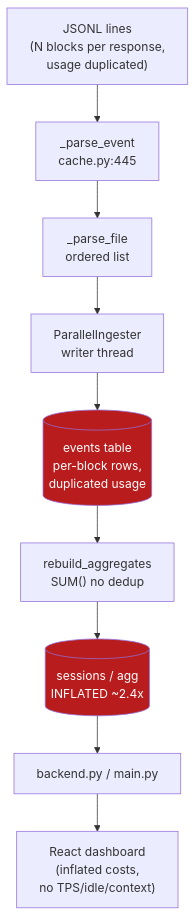
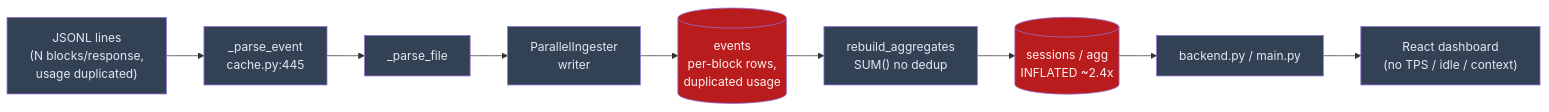
Before and after one commit to neozenith/claude-code-sessions: the second of 6 diagrams in docs/plans/tokenometrics/DISCOVERY.md, drawn with Mermaid. The commit also changed other lines of this file and 37 other files, not shown here.

````diff
--- a/docs/plans/tokenometrics/DISCOVERY.md
+++ b/docs/plans/tokenometrics/DISCOVERY.md
@@ -19,13 +35,15 @@
 ```mermaid
-flowchart TD
-    JSONL["JSONL lines<br/>(N blocks per response,<br/>usage duplicated)"] --> PE["_parse_event<br/>cache.py:445"]
-    PE --> PF["_parse_file<br/>ordered list"]
-    PF --> PI["ParallelIngester<br/>writer thread"]
-    PI --> EV[("events table<br/>per-block rows,<br/>duplicated usage")]
+flowchart LR
+    JSONL["JSONL lines<br/>(N blocks/response,<br/>usage duplicated)"] --> PE["_parse_event<br/>cache.py:445"]
+    PE --> PF["_parse_file"]
+    PF --> PI["ParallelIngester<br/>writer"]
+    PI --> EV[("events<br/>per-block rows,<br/>duplicated usage")]
     EV --> RB["rebuild_aggregates<br/>SUM() no dedup"]
     RB --> SESS[("sessions / agg<br/>INFLATED ~2.4x")]
     SESS --> API["backend.py / main.py"]
-    API --> FE["React dashboard<br/>(inflated costs,<br/>no TPS/idle/context)"]
-    classDef problem fill:#b91c1c,color:#fff;
+    API --> FE["React dashboard<br/>(no TPS / idle / context)"]
+    classDef problem fill:#b91c1c,color:#fef2f2
+    classDef neutral fill:#334155,color:#e2e8f0
     class EV,SESS problem
+    class JSONL,PE,PF,PI,RB,API,FE neutral
 ```
````
